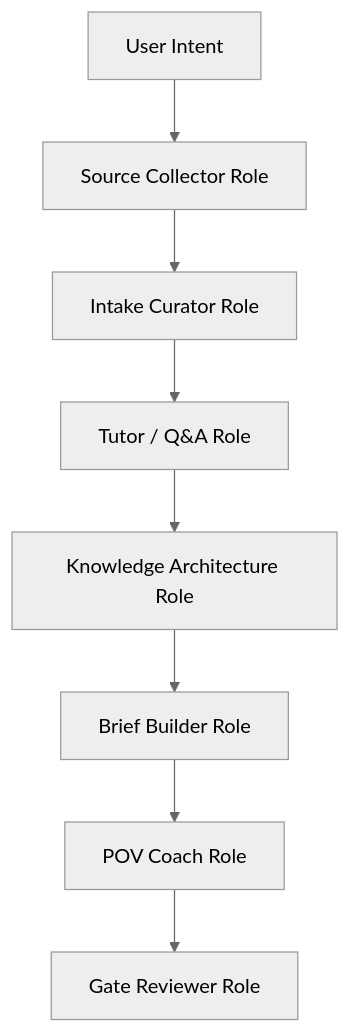
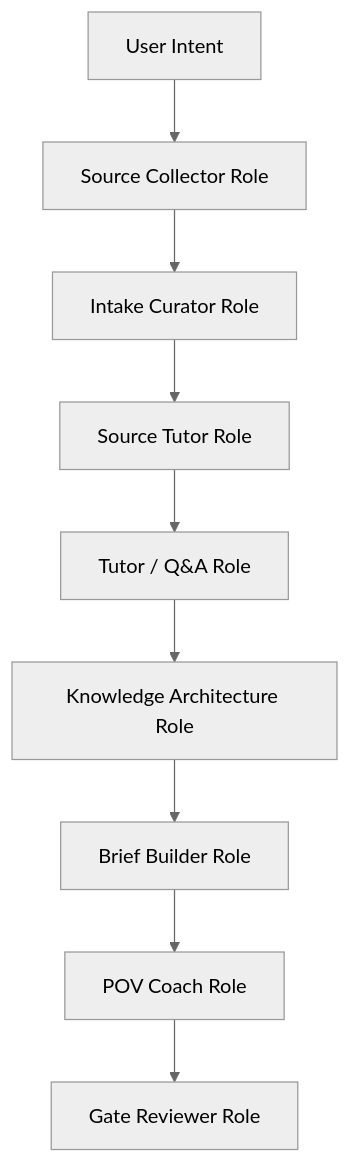
Before and after one commit to CrayonDing0909/investment-kol-ops: the diagram in docs/AGENT_ROLES.md, drawn with Mermaid (neutral theme). The commit also changed other lines of this file and 16 other files, not shown here.

````diff
--- a/docs/AGENT_ROLES.md
+++ b/docs/AGENT_ROLES.md
@@ -20,10 +20,11 @@
 ```mermaid
 flowchart TD
     UserIntent["User Intent"] --> SourceCollector["Source Collector Role"]
     SourceCollector --> IntakeCurator["Intake Curator Role"]
-    IntakeCurator --> Tutor["Tutor / Q&A Role"]
+    IntakeCurator --> SourceTutor["Source Tutor Role"]
+    SourceTutor --> Tutor["Tutor / Q&A Role"]
     Tutor --> KnowledgeArchitect["Knowledge Architecture Role"]
     KnowledgeArchitect --> BriefBuilder["Brief Builder Role"]
     BriefBuilder --> POVCoach["POV Coach Role"]
     POVCoach --> GateReviewer["Gate Reviewer Role"]
 ```
````
